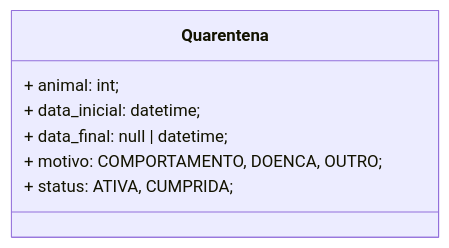
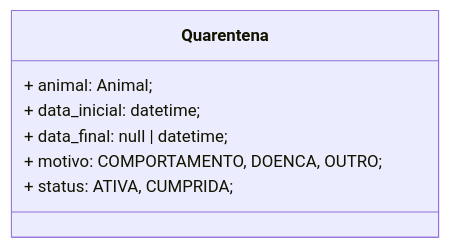
Before and after one commit to Alisson014/projeto-1-poo-sistema-adocao-animais: the fifth of 8 diagrams in docs/uml.md, drawn with Mermaid. The commit also changed 3 other files, not shown here.

Commit message:
feat: update UML diagrams and enhance Quarentena class attributes

````diff
--- a/docs/uml.md
+++ b/docs/uml.md
@@ -198,10 +198,10 @@
 ```mermaid
 classDiagram
     class Quarentena {
-        + animal: int;
+        + animal: Animal;
         + data_inicial: datetime;
         + data_final: null | datetime;
         + motivo: COMPORTAMENTO, DOENCA, OUTRO;
         + status: ATIVA, CUMPRIDA;
     }
 ```
````
